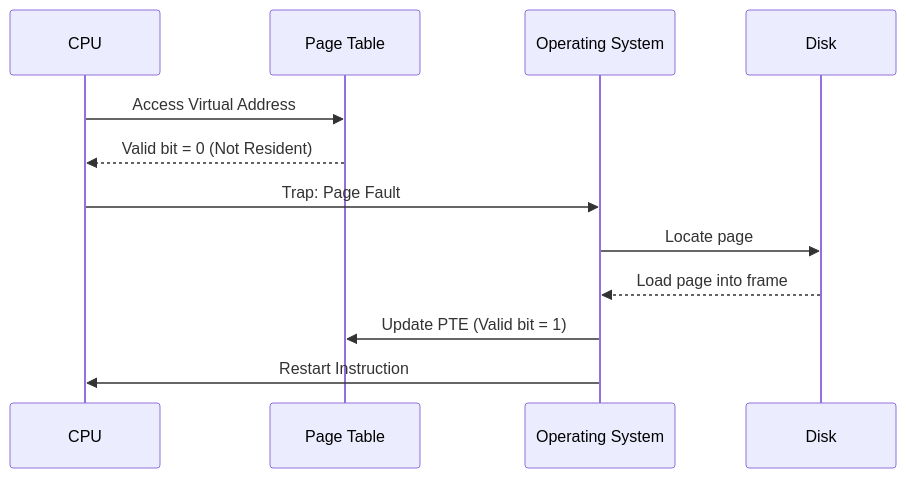
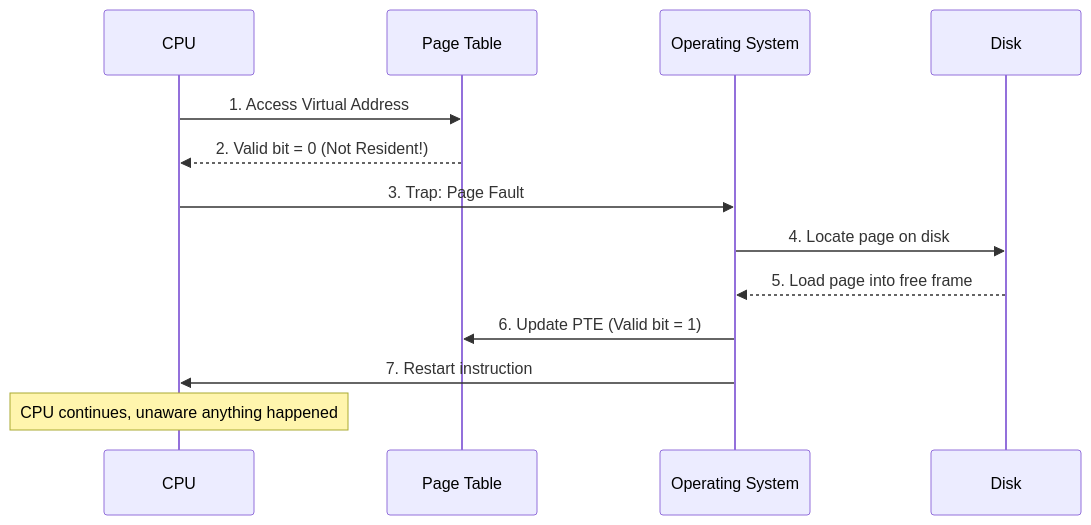
The second of 8 diagrams in content/CS2106/L9.md (Nathan0820/vault), drawn with Mermaid before and after one commit. The commit also changed other lines of this file and 2 other files, not shown here.

````diff
--- a/content/CS2106/L9.md
+++ b/content/CS2106/L9.md
@@ -40,15 +80,16 @@
 ```mermaid
 sequenceDiagram
     participant CPU
     participant PT as Page Table
     participant OS as Operating System
     participant Disk
 
-    CPU->>PT: Access Virtual Address
-    PT-->>CPU: Valid bit = 0 (Not Resident)
-    CPU->>OS: Trap: Page Fault
-    OS->>Disk: Locate page
-    Disk-->>OS: Load page into frame
-    OS->>PT: Update PTE (Valid bit = 1)
-    OS->>CPU: Restart Instruction
+    CPU->>PT: 1. Access Virtual Address
+    PT-->>CPU: 2. Valid bit = 0 (Not Resident!)
+    CPU->>OS: 3. Trap: Page Fault
+    OS->>Disk: 4. Locate page on disk
+    Disk-->>OS: 5. Load page into free frame
+    OS->>PT: 6. Update PTE (Valid bit = 1)
+    OS->>CPU: 7. Restart instruction
+    Note over CPU: CPU continues, unaware anything happened
 ```
````
